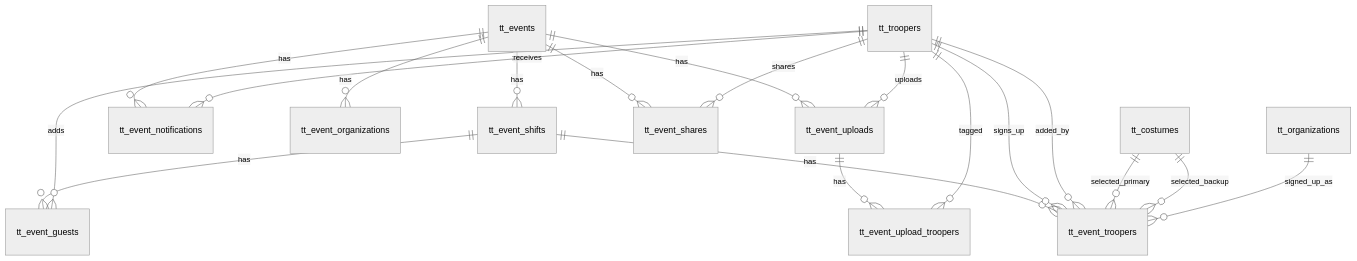
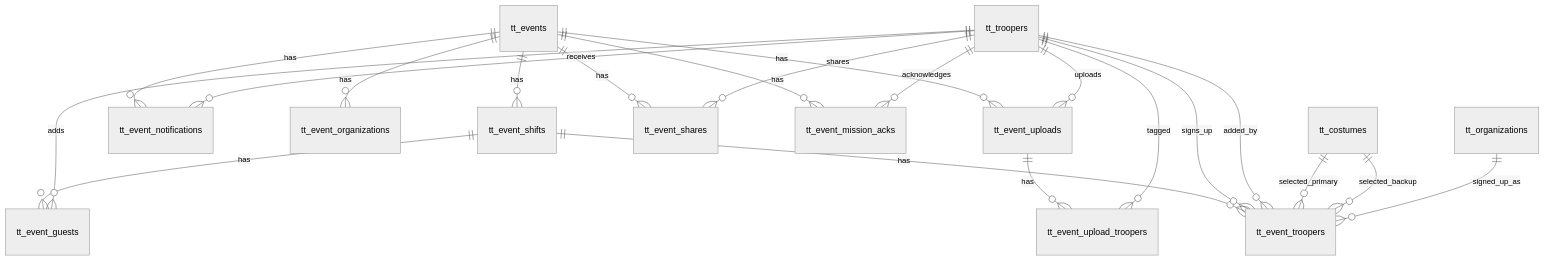
One commit to obsidianslicers/trooper-tracker changed the fourth of 6 diagrams in docs/DATABASE.md. Above: the diagram before and after it, drawn with Mermaid (neutral theme). The commit also changed other lines of this file, not shown here.

````diff
--- a/docs/DATABASE.md
+++ b/docs/DATABASE.md
@@ -104,25 +104,27 @@
   ```mermaid
   erDiagram
     tt_events ||--o{ tt_event_shifts : has
     tt_events ||--o{ tt_event_notifications : has
     tt_events ||--o{ tt_event_organizations : has
     tt_events ||--o{ tt_event_uploads : has
     tt_events ||--o{ tt_event_shares : has
+    tt_events ||--o{ tt_event_mission_acks : has
 
     tt_event_shifts ||--o{ tt_event_troopers : has
     tt_event_shifts ||--o{ tt_event_guests : has
 
     tt_event_uploads ||--o{ tt_event_upload_troopers : has
 
     tt_troopers ||--o{ tt_event_notifications : receives
     tt_troopers ||--o{ tt_event_troopers : signs_up
     tt_troopers ||--o{ tt_event_troopers : added_by
     tt_troopers ||--o{ tt_event_uploads : uploads
     tt_troopers ||--o{ tt_event_upload_troopers : tagged
     tt_troopers ||--o{ tt_event_shares : shares
     tt_troopers ||--o{ tt_event_guests : adds
+    tt_troopers ||--o{ tt_event_mission_acks : acknowledges
 
     tt_costumes ||--o{ tt_event_troopers : selected_primary
     tt_costumes ||--o{ tt_event_troopers : selected_backup
     tt_organizations ||--o{ tt_event_troopers : signed_up_as
   ```
````
